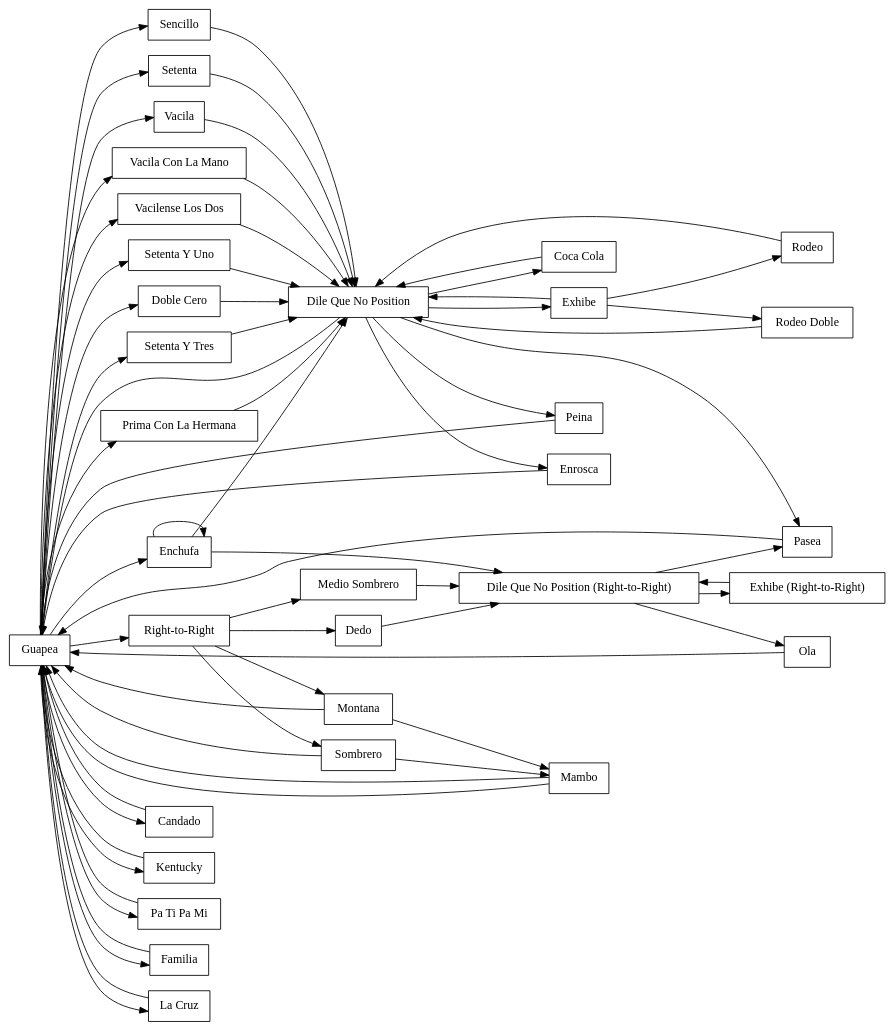
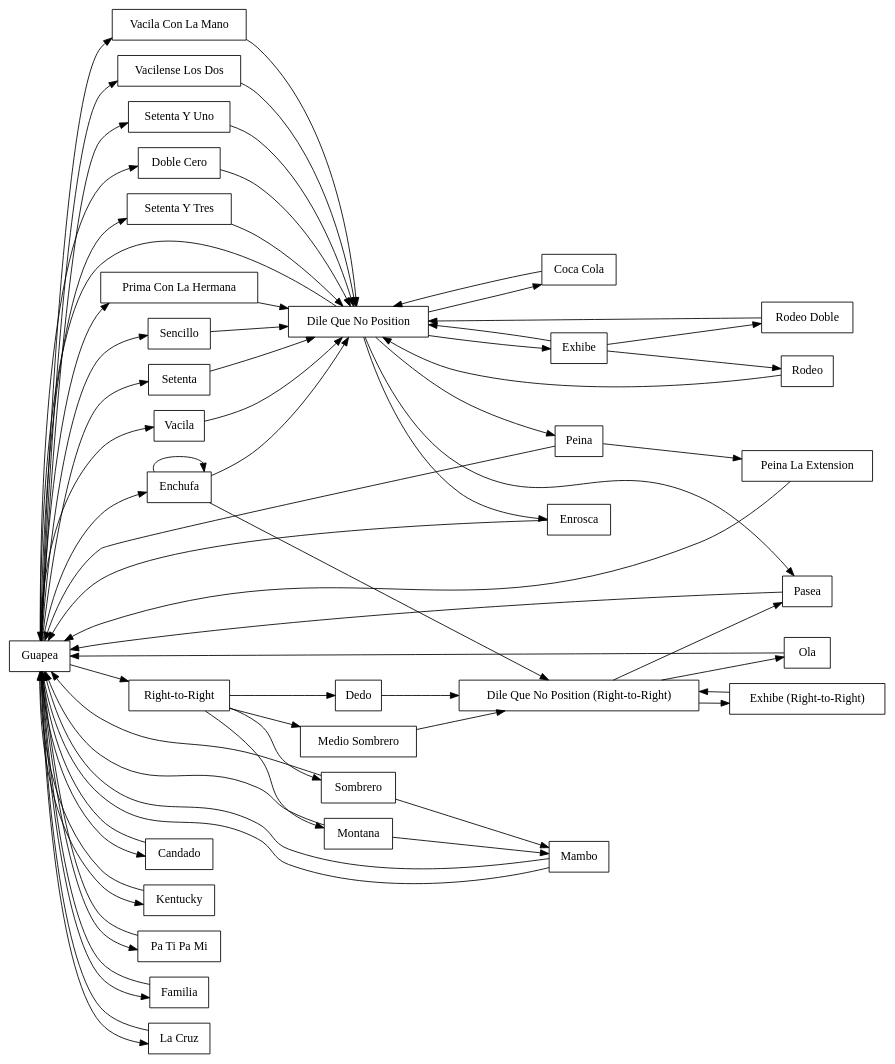
Before and after one commit to adharsh/Salsa: the diagram in social.dot, drawn with Graphviz. The commit also changed 3 other files, not shown here.

```diff
--- a/social.dot
+++ b/social.dot
@@ -1,93 +1,98 @@
 
 /*
+Example choreographies:
+- peina, peina la extension (turn myself, turn partner), pa ti pa mi
+- echufa, enchufa, exhibe rodeo (or rodeo double), peina
+
 Notes
 - Guapea can be skipped
 - Rueda moves, add *, can be disabled
 
 Others:
 - https://bachatasteps.com/?topic=salsa&options=newest
 - https://www.makelinux.net/salsa/
 - guapea -> familia -> guapea, does it end in dilequeno?
 - tf is traslado?
 - la cruz ends in dile que no position or guapea?
 - exhibe (right-to-right), only option is pasea?
 
 - Can all dile que no positions can be right-to-right?
 - Should I add back in closed position moves?
    - Which implies after any dile que no closed position?
 
 */
 
 digraph SalsaDanceMoves {
   rankdir=LR; 
   node [shape=box];
   edge [color=black];
 
   // Level 1
   Guapea -> Enchufa;
   Enchufa -> "Dile Que No Position";
   Enchufa -> "Dile Que No Position (Right-to-Right)";
   "Dile Que No Position" -> Guapea;
   "Dile Que No Position" -> Exhibe;
   "Dile Que No Position" -> Pasea;
   "Dile Que No Position (Right-to-Right)" -> Pasea;
   Pasea -> Guapea;
   Exhibe -> "Dile Que No Position";
   
   // Closed Position - usually only in beginning, so commented out
   // "Dile Que No Position" -> "Closed Position";
   // "Closed Position" -> "Caminamos Arriba" -> "Caminamos Abajo";
   // "Closed Position" -> "Caminamos Abajo" -> "Caminamos Arriba";
   // "Caminamos Arriba" -> Basico;
   // "Caminamos Abajo" -> Basico;
   // "Caminamos Arriba" -> "Lleva Abajo";
   // "Caminamos Abajo" -> "Lleva Abajo";
   // "Lleva Abajo" -> Exhibe;
 
   // Level 2a
   Enchufa -> Enchufa;
   Guapea -> Candado -> Guapea;
   Guapea -> Kentucky -> Guapea;
   Guapea -> "Pa Ti Pa Mi" -> Guapea;
 
   // Level 2b
   Guapea -> "Prima Con La Hermana" -> "Dile Que No Position";
   Guapea -> Familia -> Guapea;
 
   // Level 2c
   Exhibe -> Rodeo -> "Dile Que No Position";
   Exhibe -> "Rodeo Doble" -> "Dile Que No Position";
   Guapea -> "La Cruz" -> Guapea;
 
   // Level 2d
   Guapea -> Sencillo -> "Dile Que No Position";
   Guapea -> Setenta -> "Dile Que No Position";
   //"Dile Que No Position" -> "Flare - Leader Left Arm Extension" -> Guapea;
 
   // Level 3a
   Guapea -> Vacila -> "Dile Que No Position";
   Guapea -> "Vacila Con La Mano" -> "Dile Que No Position";
   Guapea -> "Vacilense Los Dos" -> "Dile Que No Position";
   Guapea -> "Right-to-Right";
   "Right-to-Right" -> "Medio Sombrero" -> "Dile Que No Position (Right-to-Right)";
   "Dile Que No Position (Right-to-Right)" -> "Exhibe (Right-to-Right)" -> "Dile Que No Position (Right-to-Right)";
 
   // Level 3b
   "Right-to-Right" -> Sombrero -> Guapea;
   Sombrero -> Mambo -> Guapea;
   "Dile Que No Position (Right-to-Right)" -> Ola -> Guapea;
   "Right-to-Right" -> Dedo -> "Dile Que No Position (Right-to-Right)";
   "Right-to-Right" -> Montana -> Guapea;
   Montana -> Mambo -> Guapea;
   //"Dile Que No Position (Right-to-Right)" -> "Flare - Leader Left Arm Extension" -> "Dile Que No Position (Right-to-Right)";
 
   // Level 3c
   "Dile Que No Position" -> Peina -> Guapea;
+  Peina -> "Peina La Extension" -> Guapea;
   "Dile Que No Position" -> Enrosca -> Guapea;
   Guapea -> "Setenta Y Uno" -> "Dile Que No Position";
   "Dile Que No Position" -> "Coca Cola" -> "Dile Que No Position";
 
   // Level 3d
   Guapea -> "Doble Cero" -> "Dile Que No Position";
   Guapea -> "Setenta Y Tres" -> "Dile Que No Position";
 }
```
